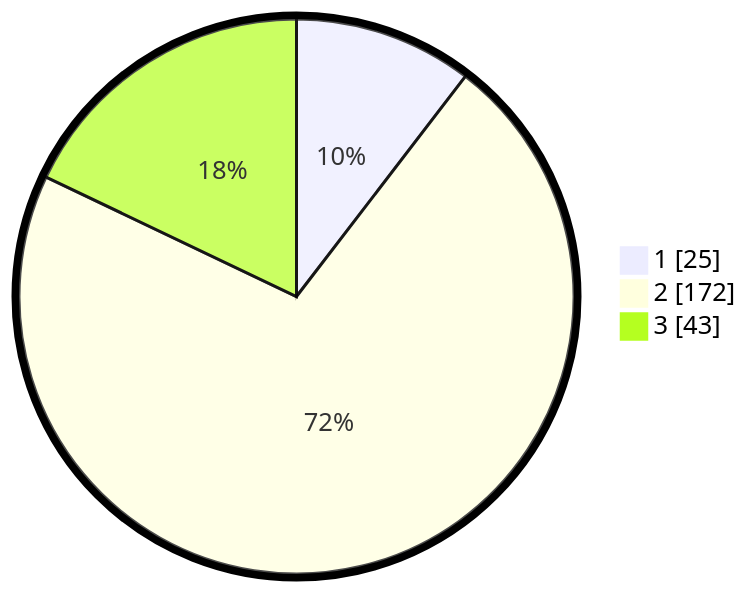
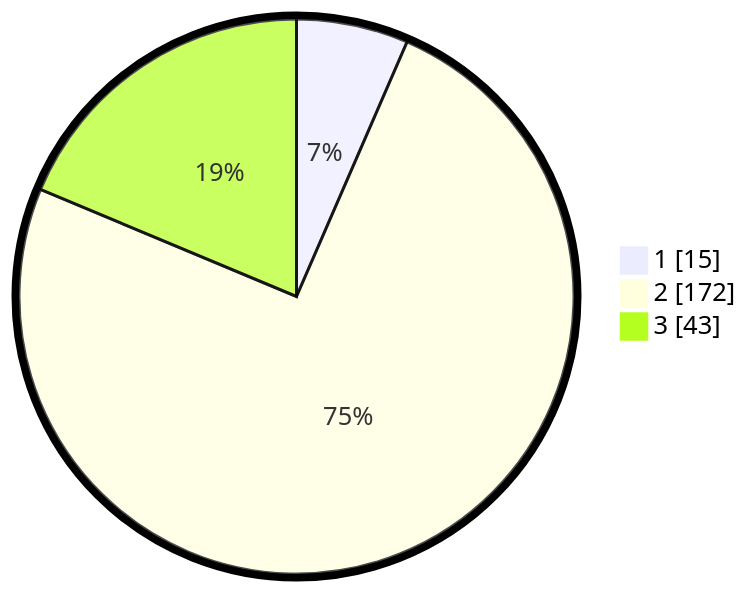
One commit to gigit-pemilu/pemilu-2024-52-nusa-tenggara-barat changed the second of 2 diagrams in pilpres/hitung-suara/sub/52-nusa-tenggara-barat/sub/01-lombok-barat/sub/15-kuripan/sub/2002-jagaraga/sub/028-tps/README.md. Above: the diagram before and after it, drawn with Mermaid. The commit also changed other lines of this file and 143 other files, not shown here.

````diff
--- a/pilpres/hitung-suara/sub/52-nusa-tenggara-barat/sub/01-lombok-barat/sub/15-kuripan/sub/2002-jagaraga/sub/028-tps/README.md
+++ b/pilpres/hitung-suara/sub/52-nusa-tenggara-barat/sub/01-lombok-barat/sub/15-kuripan/sub/2002-jagaraga/sub/028-tps/README.md
@@ -13,7 +13,7 @@
 ```mermaid
 %%{init: {"pie": {"textPosition": 0.5}, "themeVariables": {"pieOuterStrokeWidth": "5px"}} }%%
 pie showData
-    "1" : 25
+    "1" : 15
     "2" : 172
     "3" : 43
 ```
````
